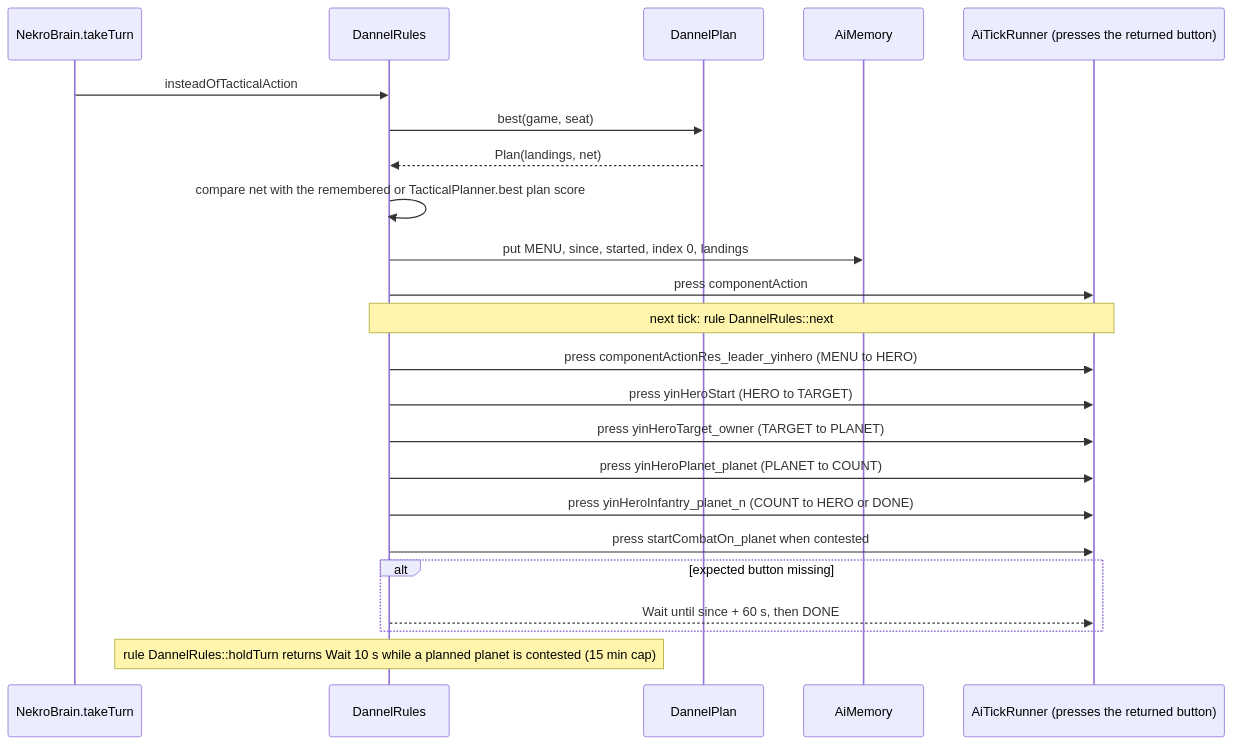
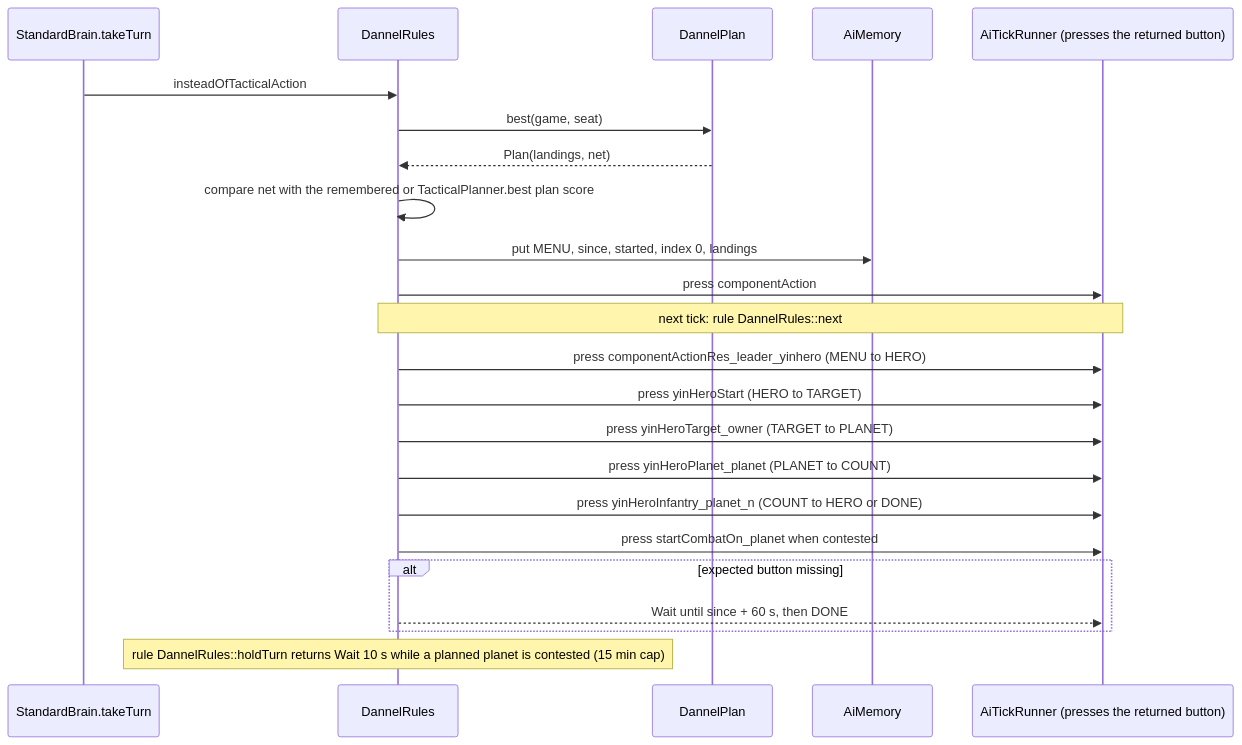
The second of 2 diagrams in src/main/java/ti4/ai/FACTIONS.md (AsyncTI4/TI4_map_generator_bot), drawn with Mermaid before and after one commit. The commit also changed other lines of this file and 64 other files, not shown here.

````diff
--- a/src/main/java/ti4/ai/FACTIONS.md
+++ b/src/main/java/ti4/ai/FACTIONS.md
@@ -425,25 +424,25 @@
 ```mermaid
 sequenceDiagram
-    participant TT as NekroBrain.takeTurn
+    participant TT as StandardBrain.takeTurn
     participant DR as DannelRules
     participant DP as DannelPlan
     participant MEM as AiMemory
     participant BOT as AiTickRunner (presses the returned button)
     TT->>DR: insteadOfTacticalAction
     DR->>DP: best(game, seat)
     DP-->>DR: Plan(landings, net)
     DR->>DR: compare net with the remembered or TacticalPlanner.best plan score
     DR->>MEM: put MENU, since, started, index 0, landings
     DR->>BOT: press componentAction
     Note over DR,BOT: next tick: rule DannelRules::next
     DR->>BOT: press componentActionRes_leader_yinhero (MENU to HERO)
     DR->>BOT: press yinHeroStart (HERO to TARGET)
     DR->>BOT: press yinHeroTarget_owner (TARGET to PLANET)
     DR->>BOT: press yinHeroPlanet_planet (PLANET to COUNT)
     DR->>BOT: press yinHeroInfantry_planet_n (COUNT to HERO or DONE)
     DR->>BOT: press startCombatOn_planet when contested
     alt expected button missing
         DR-->>BOT: Wait until since + 60 s, then DONE
     end
     Note over DR: rule DannelRules::holdTurn returns Wait 10 s while a planned planet is contested (15 min cap)
 ```
````
